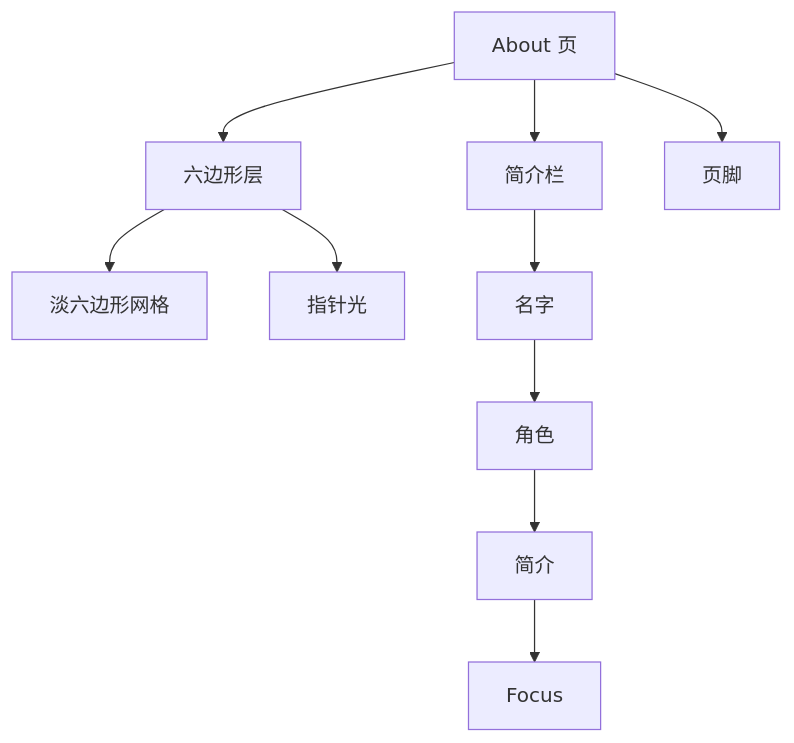
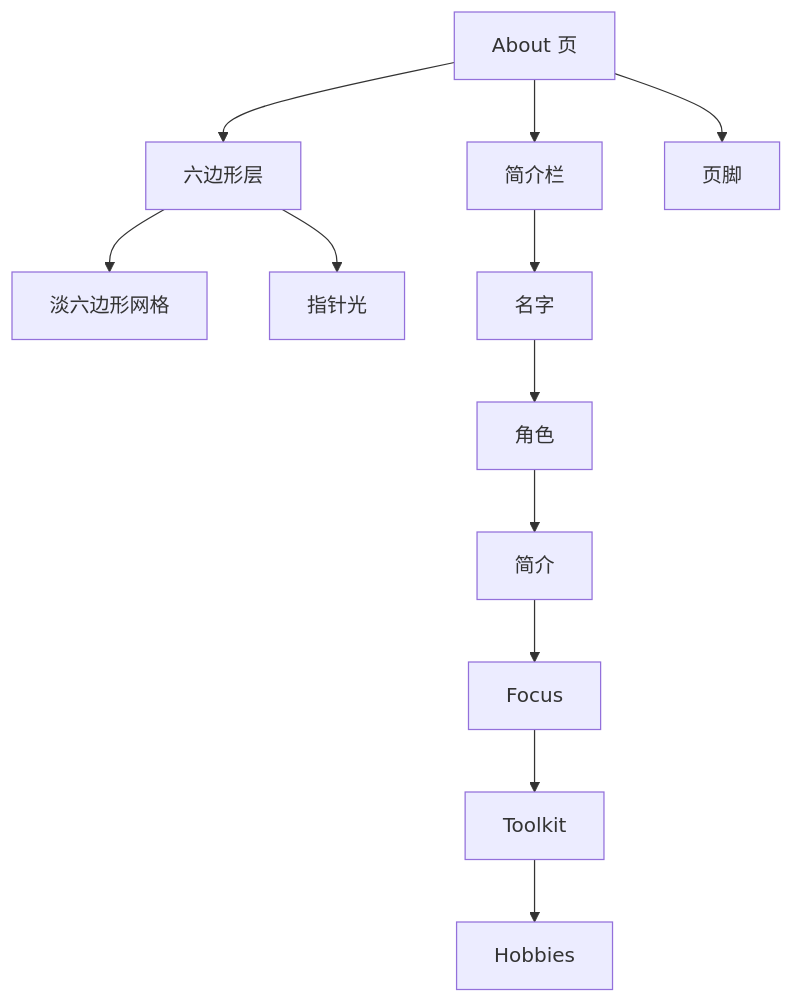
Before and after one commit to noowxela/portfolio: the first of 2 diagrams in docs/pages/tron-about.zh.md, drawn with Mermaid. The commit also changed other lines of this file and 12 other files, not shown here.

First line of the commit message:
Add Toolkit and Hobbies sections to About page

````diff
--- a/docs/pages/tron-about.zh.md
+++ b/docs/pages/tron-about.zh.md
@@ -9,19 +9,21 @@
 ```mermaid
 flowchart TD
   page[About 页]
   field[六边形层]
   grid[淡六边形网格]
   glow[指针光]
   article[简介栏]
   name[名字]
   role[角色]
   bio[简介]
   focus[Focus]
+  toolkit[Toolkit]
+  hobbies[Hobbies]
   footer[页脚]
   page --> field
   field --> grid
   field --> glow
   page --> article
-  article --> name --> role --> bio --> focus
+  article --> name --> role --> bio --> focus --> toolkit --> hobbies
   page --> footer
 ```
````
